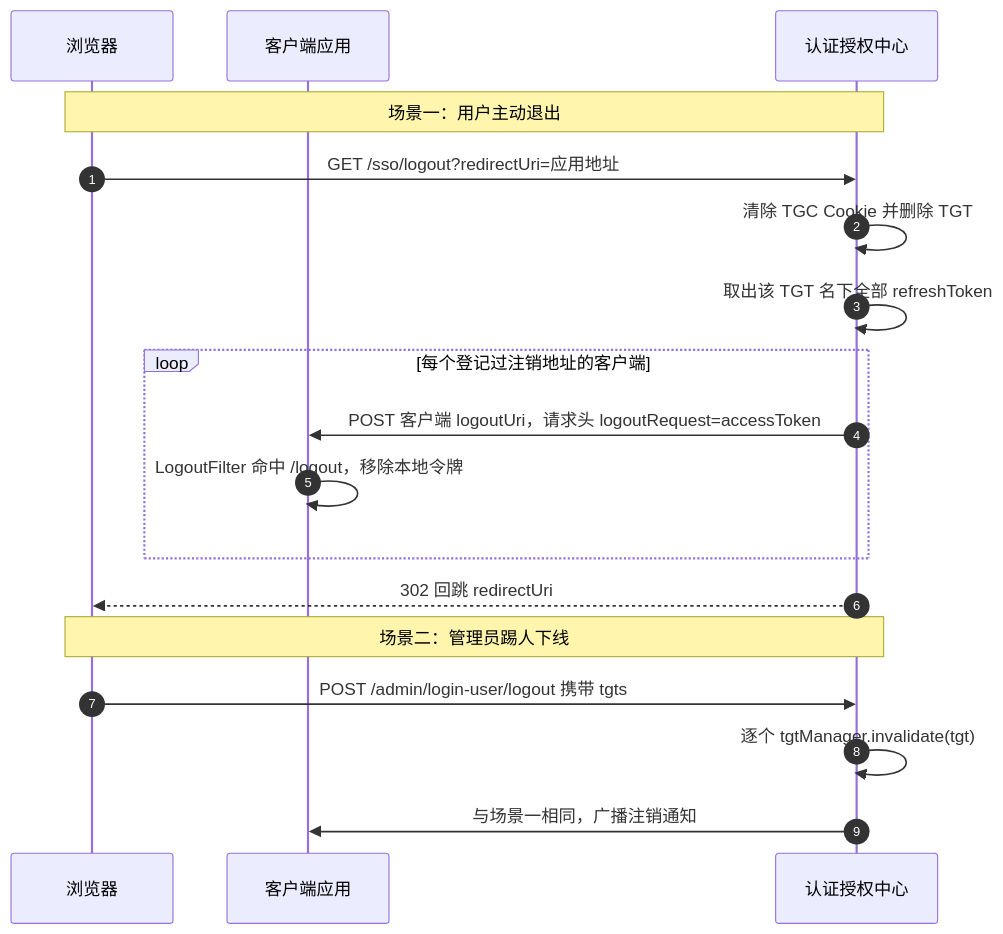
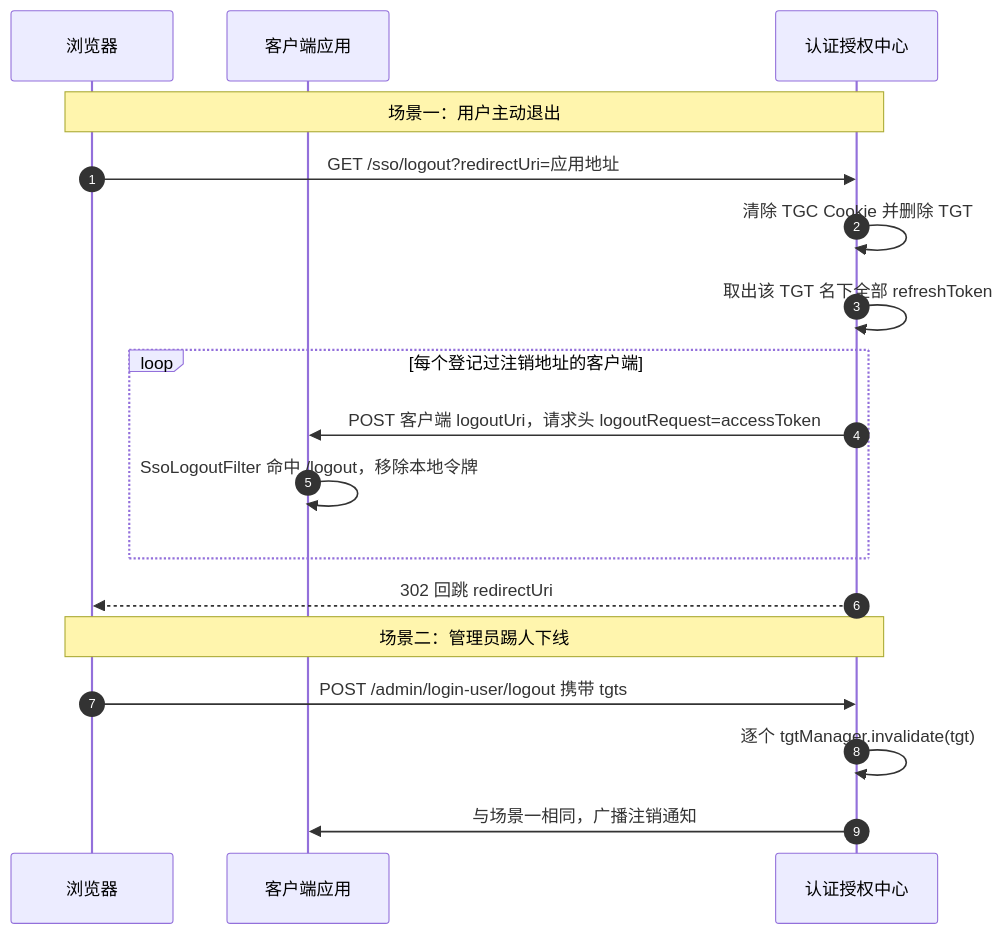
Before and after one commit to a466350665/smart-sso: the third of 3 diagrams in docs/architecture.md, drawn with Mermaid. The commit also changed other lines of this file and 106 other files, not shown here.

````diff
--- a/docs/architecture.md
+++ b/docs/architecture.md
@@ -102,22 +104,22 @@
 ```mermaid
 sequenceDiagram
     autonumber
     participant B as 浏览器
     participant C as 客户端应用
     participant S as 认证授权中心
 
     Note over B,S: 场景一：用户主动退出
     B->>S: GET /sso/logout?redirectUri=应用地址
     S->>S: 清除 TGC Cookie 并删除 TGT
     S->>S: 取出该 TGT 名下全部 refreshToken
     loop 每个登记过注销地址的客户端
         S->>C: POST 客户端 logoutUri，请求头 logoutRequest=accessToken
-        C->>C: LogoutFilter 命中 /logout，移除本地令牌
+        C->>C: SsoLogoutFilter 命中 /logout，移除本地令牌
     end
     S-->>B: 302 回跳 redirectUri
 
     Note over B,S: 场景二：管理员踢人下线
     B->>S: POST /admin/login-user/logout 携带 tgts
     S->>S: 逐个 tgtManager.invalidate(tgt)
     S->>C: 与场景一相同，广播注销通知
 ```
````
